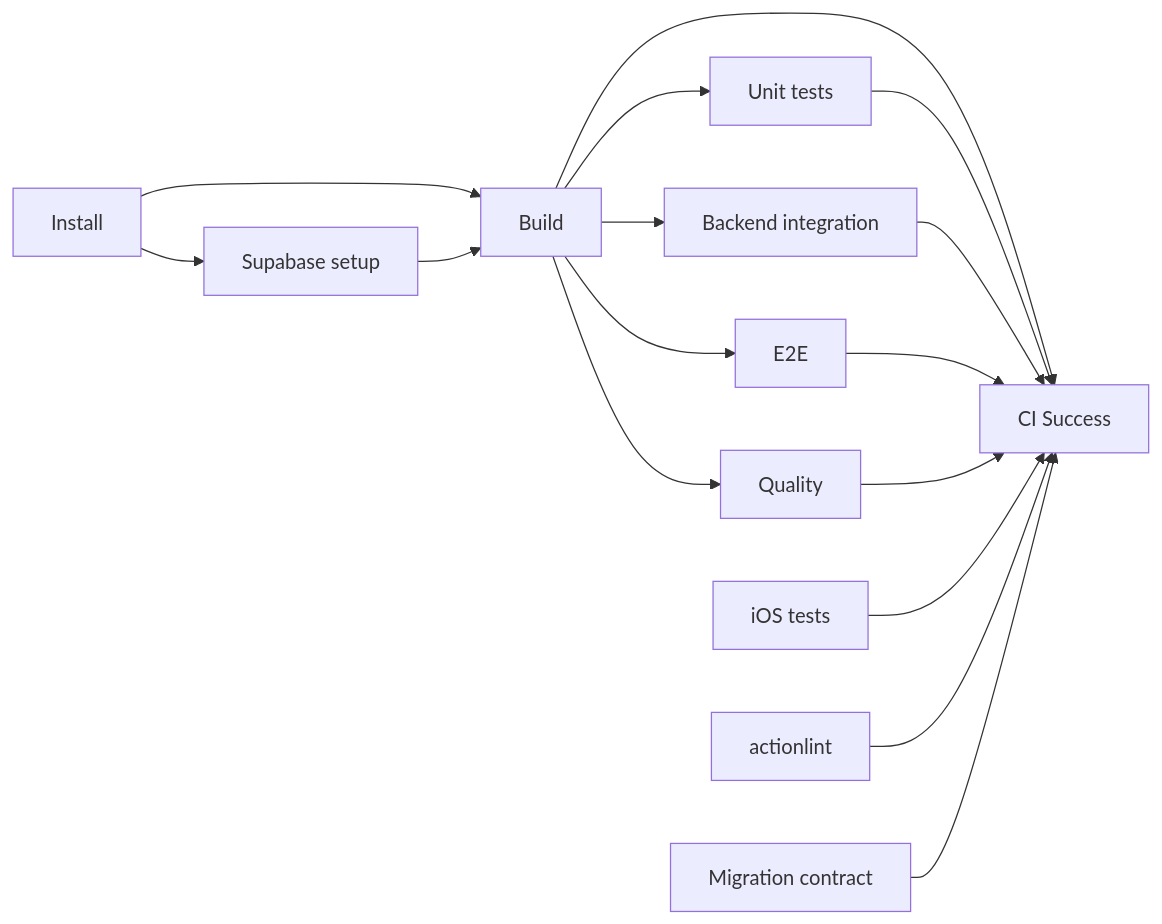
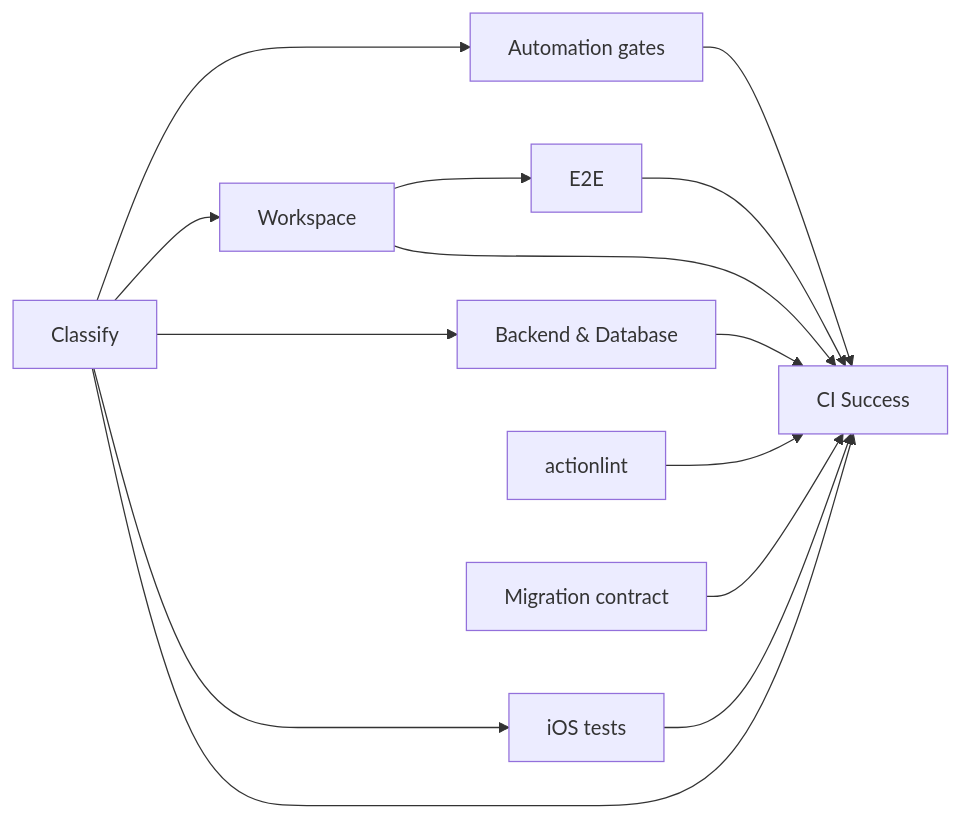
One commit to neogenz/pulpe changed the first of 2 diagrams in docs/CI.md. Above: the diagram before and after it, drawn with Mermaid. The commit also changed other lines of this file and 36 other files, not shown here.

````diff
--- a/docs/CI.md
+++ b/docs/CI.md
@@ -12,18 +16,16 @@
 ```mermaid
 flowchart LR
-    Install[Install] --> Supabase[Supabase setup]
-    Install --> Build[Build]
-    Supabase --> Build
-    Build --> Unit[Unit tests]
-    Build --> Integration[Backend integration]
-    Build --> E2E[E2E]
-    Build --> Quality[Quality]
-    Build --> Success[CI Success]
-    Unit --> Success[CI Success]
-    Integration --> Success
+    Classify[Classify] --> Automation[Automation gates]
+    Classify --> Workspace[Workspace]
+    Classify --> BackendDB[Backend & Database]
+    Classify --> IOS[iOS tests]
+    Workspace --> E2E[E2E]
+    Classify --> Success[CI Success]
+    Automation --> Success
+    Workspace --> Success
+    BackendDB --> Success
     E2E --> Success
-    Quality --> Success
-    IOS[iOS tests] --> Success
+    IOS --> Success
     Actionlint[actionlint] --> Success
     Migration[Migration contract] --> Success
 ```
````
